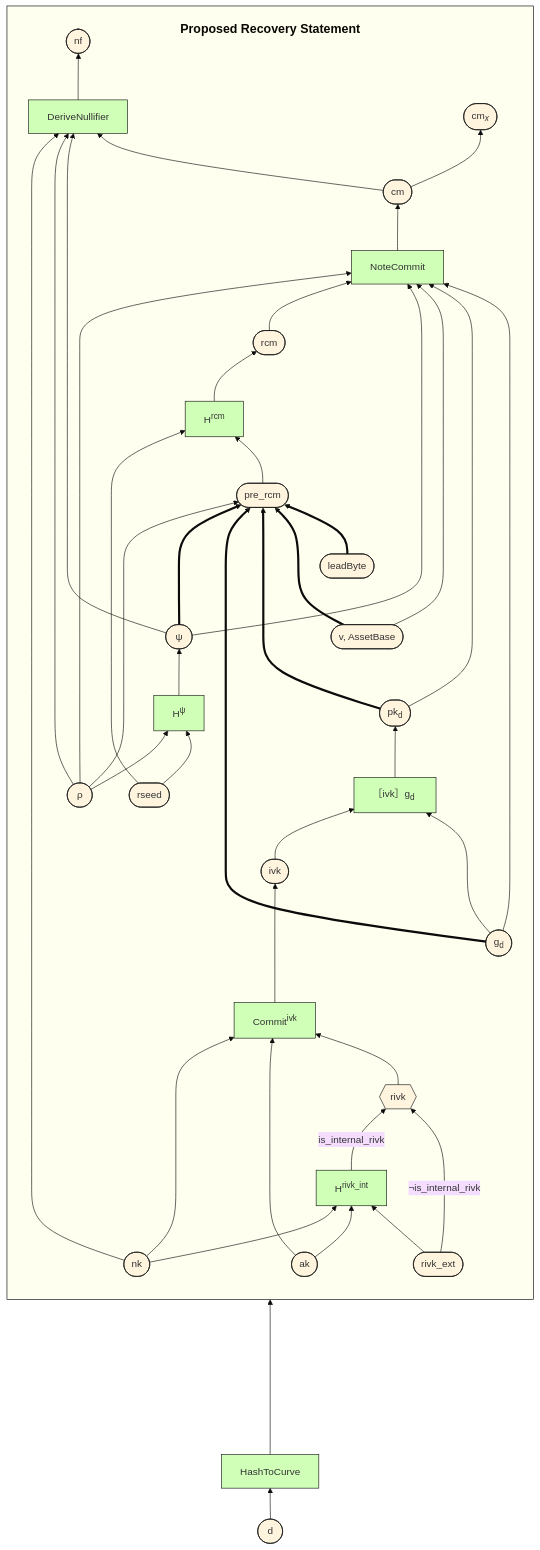
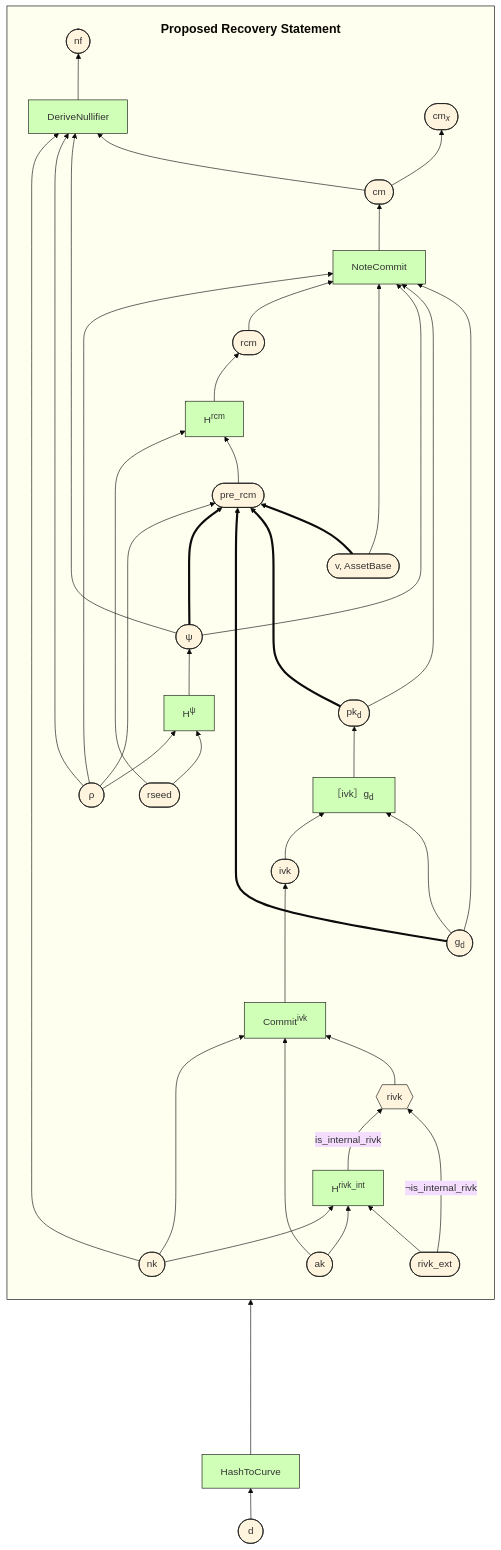
One commit to zcash/zips changed the second of 4 diagrams in zips/zip-2005.md. Above: the diagram before and after it, drawn with Mermaid (base theme). The commit also changed other lines of this file, not shown here.

First line of the commit message:
ZIP 2005: Drop leadByte from H^{rcm,Orchard}'s input.

````diff
--- a/zips/zip-2005.md
+++ b/zips/zip-2005.md
@@ -248,55 +253,54 @@
 ```mermaid
 graph BT
   classDef default stroke:#111111;
   classDef func fill:#d0ffb8;
   classDef cefunc fill:#a0e0a0;
   classDef sensitive fill:#ffb0b0;
   classDef semi_sensitive fill:#ffb0ff;
   classDef circuit stroke:#000000, fill:#fffff0;
   classDef spacer opacity:0;
 
   PostQC:::circuit
   subgraph PostQC[<div style="margin:1.1em;font-size:20px"><b>Proposed Recovery Statement</b></div>]
     direction BT
     rivk_ext([rivk_ext]) --> Hrivk_int[H<sup>rivk_int</sup>]:::func
     ak([ak]) --> Hrivk_int[H<sup>rivk_int</sup>]:::func
     nk --> Hrivk_int
     rivk_ext -->|¬is_internal_rivk| rivk
     Hrivk_int -->|is_internal_rivk| rivk{{rivk}}
     rivk --> Commitivk[Commit<sup>ivk</sup>]:::func
     ak([ak]) ----> Commitivk
     nk([nk]) ----> Commitivk
     Commitivk ---> ivk([ivk])
     gd ---> ivkmul[［ivk］g<sub>d</sub>&nbsp;]:::func
     ivk --> ivkmul
     rseed --> Hpsi[H<sup>ψ</sup>]:::func
     rho --> Hpsi
-    leadByte([leadByte]) ==> pre_rcm
-    v([v, AssetBase]) ===> pre_rcm([pre_rcm])
+    v([v, AssetBase]) ==> pre_rcm([pre_rcm])
     pkd ====> pre_rcm
     gd ==> pre_rcm
     psi ===> pre_rcm
     rho([#8239;ρ#8239;]) --> pre_rcm
     v ~~~~ rcm
     ivkmul --> pkd([pk<sub>d</sub>])
     pre_rcm --> Hrcm[H<sup>rcm</sup>]:::func
     rseed([rseed]) --> Hrcm
     Hrcm --> rcm([rcm])
     Hpsi --> psi([#8239;ψ#8239;])
     gd --> NoteCommit:::func
     pkd --> NoteCommit
+    psi --> NoteCommit
     v --> NoteCommit
-    psi --> NoteCommit
     rcm --> NoteCommit
     rho --> NoteCommit
     cm --> DeriveNullifier:::func
     psi --> DeriveNullifier
     rho --> DeriveNullifier
     nk --> DeriveNullifier
     NoteCommit --> cm([cm])
     DeriveNullifier --> nf([nf])
     cm --> cmx([cm<sub><i>x</i></sub>])
   end
 
   d([#8239;d#8239;]) --> HashToCurve:::func ------> gd([g<sub>d</sub>])
 ```
````
